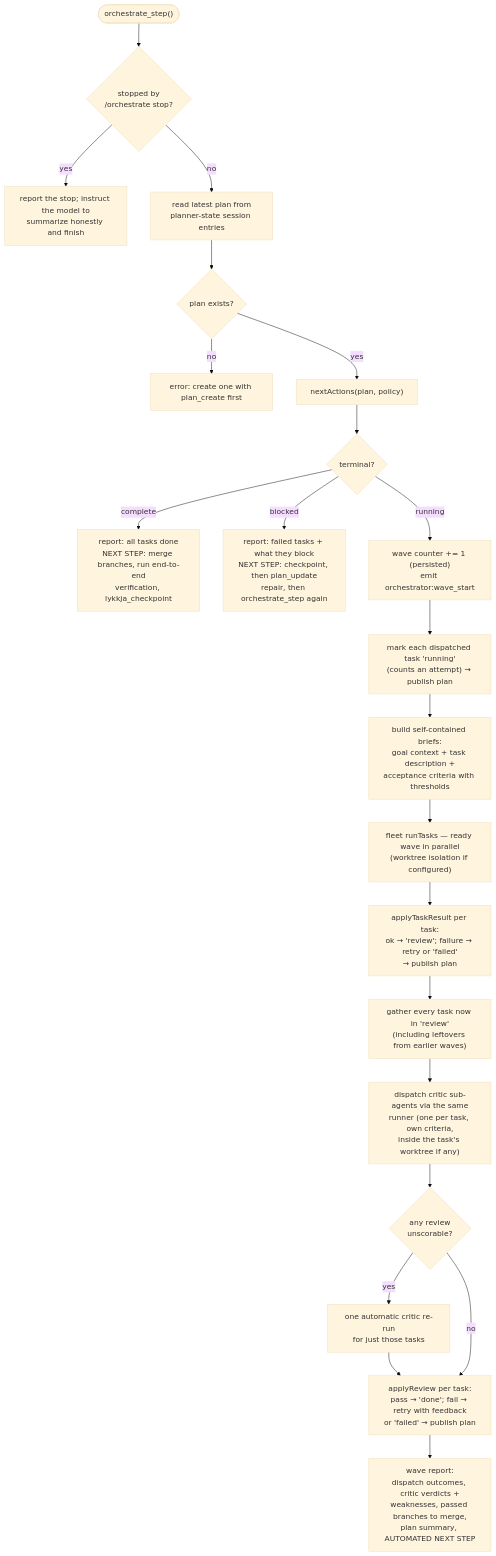
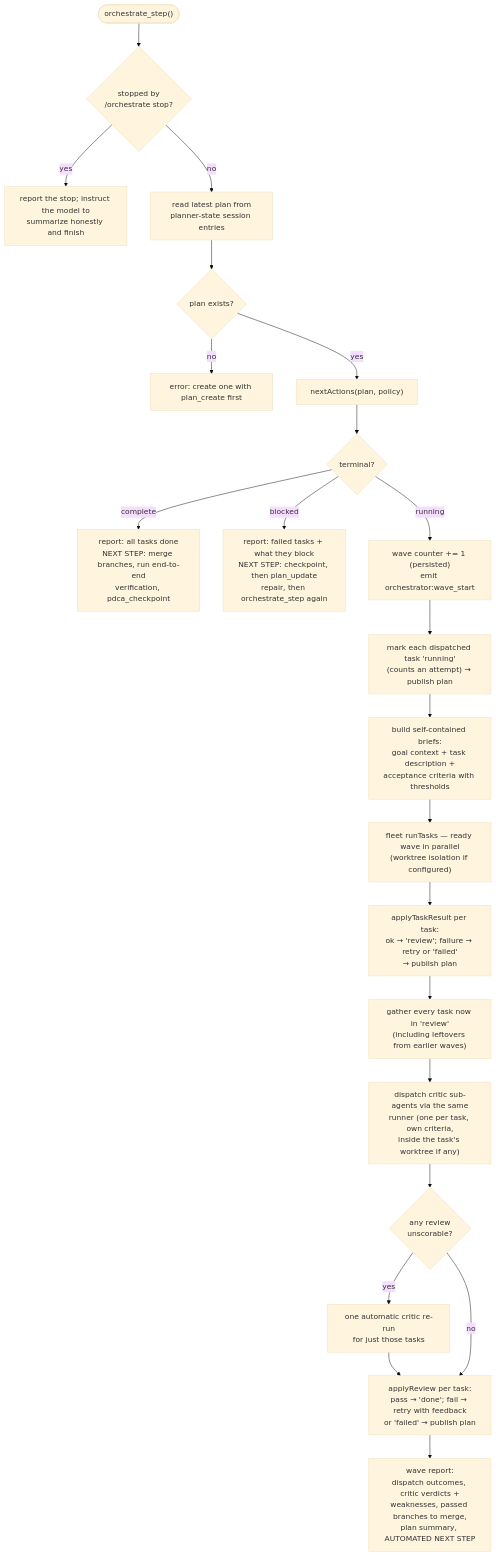
The fourth of 9 diagrams in docs/orchestrator-architecture.md (ulvestuen/pi-kit), drawn with Mermaid (base theme) before and after one commit. The commit also changed other lines of this file and 38 other files, not shown here.

First line of the commit message:
Rename the lykkja extension to pdca

````diff
--- a/docs/orchestrator-architecture.md
+++ b/docs/orchestrator-architecture.md
@@ -199,25 +199,25 @@
 ```mermaid
 flowchart TB
     call(["orchestrate_step()"]) --> stopped{"stopped by<br/>/orchestrate stop?"}
     stopped -- yes --> rstop["report the stop; instruct the model to<br/>summarize honestly and finish"]
     stopped -- no --> readplan["read latest plan from<br/>planner-state session entries"]
     readplan --> noplan{"plan exists?"}
     noplan -- no --> err["error: create one with plan_create first"]
     noplan -- yes --> decide["nextActions(plan, policy)"]
     decide --> term{"terminal?"}
-    term -- complete --> rc["report: all tasks done<br/>NEXT STEP: merge branches, run end-to-end<br/>verification, lykkja_checkpoint"]
+    term -- complete --> rc["report: all tasks done<br/>NEXT STEP: merge branches, run end-to-end<br/>verification, pdca_checkpoint"]
     term -- blocked --> rb["report: failed tasks + what they block<br/>NEXT STEP: checkpoint, then plan_update<br/>repair, then orchestrate_step again"]
     term -- running --> wave["wave counter += 1 (persisted)<br/>emit orchestrator:wave_start"]
 
     wave --> mark["mark each dispatched task 'running'<br/>(counts an attempt) → publish plan"]
     mark --> briefs["build self-contained briefs:<br/>goal context + task description +<br/>acceptance criteria with thresholds"]
     briefs --> dispatch["fleet runTasks — ready wave in parallel<br/>(worktree isolation if configured)"]
     dispatch --> fold["applyTaskResult per task:<br/>ok → 'review'; failure → retry or 'failed'<br/>→ publish plan"]
     fold --> gather["gather every task now in 'review'<br/>(including leftovers from earlier waves)"]
     gather --> critic["dispatch critic sub-agents via the same<br/>runner (one per task, own criteria,<br/>inside the task's worktree if any)"]
     critic --> unscorable{"any review<br/>unscorable?"}
     unscorable -- yes --> rerun["one automatic critic re-run<br/>for just those tasks"]
     rerun --> foldrev
     unscorable -- no --> foldrev["applyReview per task:<br/>pass → 'done'; fail → retry with feedback<br/>or 'failed' → publish plan"]
     foldrev --> report["wave report:<br/>dispatch outcomes, critic verdicts +<br/>weaknesses, passed branches to merge,<br/>plan summary, AUTOMATED NEXT STEP"]
 ```
````
